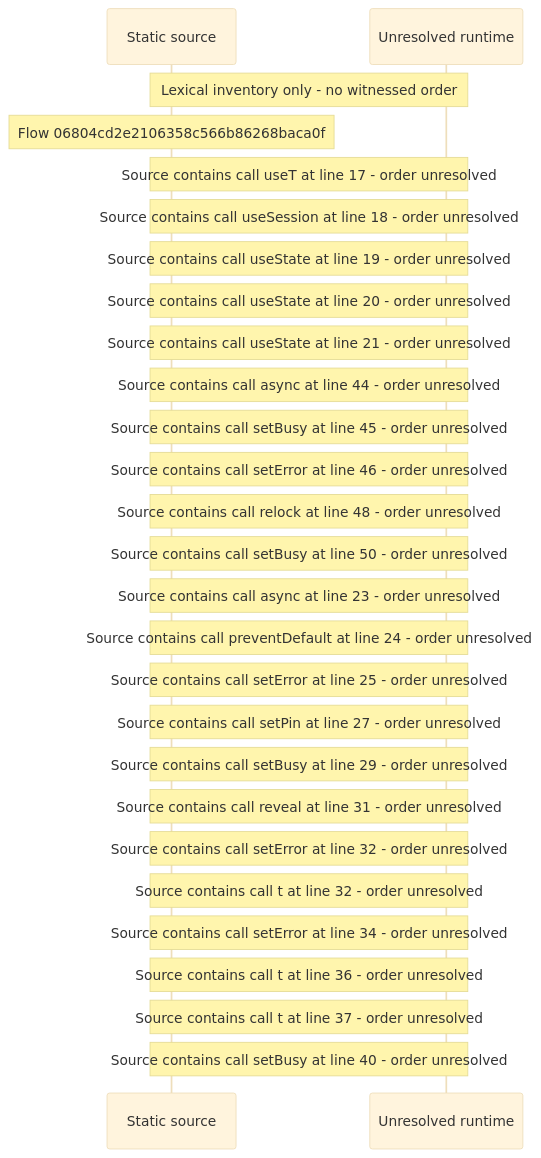
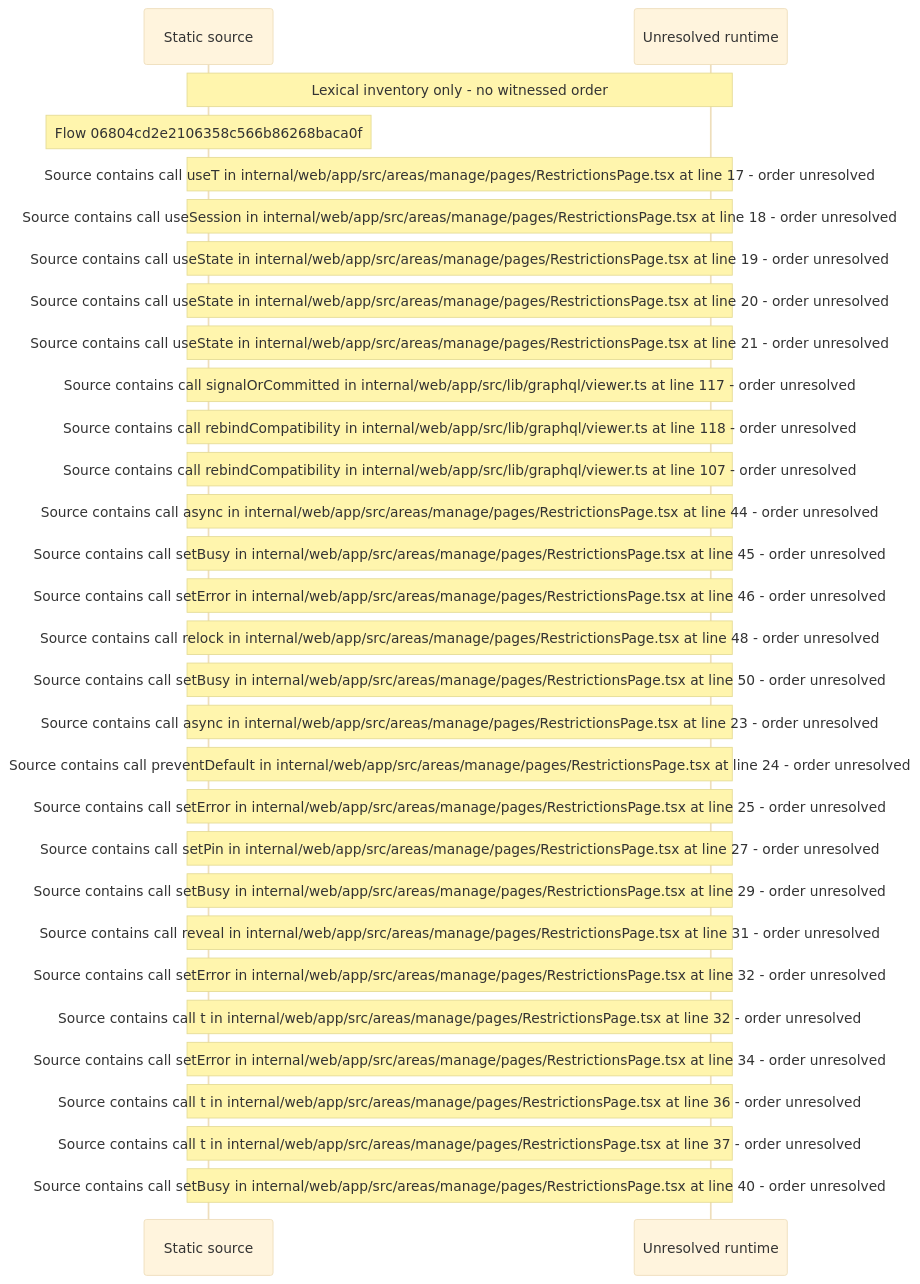
One commit to beamfall/core changed the diagram in docs/web/flows/generated/06804cd2e2106358c566b86268baca0f/flow-diagram.md. Above: the diagram before and after it, drawn with Mermaid (base theme). The commit also changed other lines of this file and 699 other files, not shown here.

Commit message:
Regenerate the web flow record with flow generator version 5

````diff
--- a/docs/web/flows/generated/06804cd2e2106358c566b86268baca0f/flow-diagram.md
+++ b/docs/web/flows/generated/06804cd2e2106358c566b86268baca0f/flow-diagram.md
@@ -10,29 +10,32 @@
 ```mermaid
 sequenceDiagram
     participant S as Static source
     participant U as Unresolved runtime
     Note over S,U: Lexical inventory only - no witnessed order
     Note over S: Flow 06804cd2e2106358c566b86268baca0f
-    Note over S,U: Source contains call useT at line 17 - order unresolved
-    Note over S,U: Source contains call useSession at line 18 - order unresolved
-    Note over S,U: Source contains call useState at line 19 - order unresolved
-    Note over S,U: Source contains call useState at line 20 - order unresolved
-    Note over S,U: Source contains call useState at line 21 - order unresolved
-    Note over S,U: Source contains call async at line 44 - order unresolved
-    Note over S,U: Source contains call setBusy at line 45 - order unresolved
-    Note over S,U: Source contains call setError at line 46 - order unresolved
-    Note over S,U: Source contains call relock at line 48 - order unresolved
-    Note over S,U: Source contains call setBusy at line 50 - order unresolved
-    Note over S,U: Source contains call async at line 23 - order unresolved
-    Note over S,U: Source contains call preventDefault at line 24 - order unresolved
-    Note over S,U: Source contains call setError at line 25 - order unresolved
-    Note over S,U: Source contains call setPin at line 27 - order unresolved
-    Note over S,U: Source contains call setBusy at line 29 - order unresolved
-    Note over S,U: Source contains call reveal at line 31 - order unresolved
-    Note over S,U: Source contains call setError at line 32 - order unresolved
-    Note over S,U: Source contains call t at line 32 - order unresolved
-    Note over S,U: Source contains call setError at line 34 - order unresolved
-    Note over S,U: Source contains call t at line 36 - order unresolved
-    Note over S,U: Source contains call t at line 37 - order unresolved
-    Note over S,U: Source contains call setBusy at line 40 - order unresolved
+    Note over S,U: Source contains call useT in internal/web/app/src/areas/manage/pages/RestrictionsPage.tsx at line 17 - order unresolved
+    Note over S,U: Source contains call useSession in internal/web/app/src/areas/manage/pages/RestrictionsPage.tsx at line 18 - order unresolved
+    Note over S,U: Source contains call useState in internal/web/app/src/areas/manage/pages/RestrictionsPage.tsx at line 19 - order unresolved
+    Note over S,U: Source contains call useState in internal/web/app/src/areas/manage/pages/RestrictionsPage.tsx at line 20 - order unresolved
+    Note over S,U: Source contains call useState in internal/web/app/src/areas/manage/pages/RestrictionsPage.tsx at line 21 - order unresolved
+    Note over S,U: Source contains call signalOrCommitted in internal/web/app/src/lib/graphql/viewer.ts at line 117 - order unresolved
+    Note over S,U: Source contains call rebindCompatibility in internal/web/app/src/lib/graphql/viewer.ts at line 118 - order unresolved
+    Note over S,U: Source contains call rebindCompatibility in internal/web/app/src/lib/graphql/viewer.ts at line 107 - order unresolved
+    Note over S,U: Source contains call async in internal/web/app/src/areas/manage/pages/RestrictionsPage.tsx at line 44 - order unresolved
+    Note over S,U: Source contains call setBusy in internal/web/app/src/areas/manage/pages/RestrictionsPage.tsx at line 45 - order unresolved
+    Note over S,U: Source contains call setError in internal/web/app/src/areas/manage/pages/RestrictionsPage.tsx at line 46 - order unresolved
+    Note over S,U: Source contains call relock in internal/web/app/src/areas/manage/pages/RestrictionsPage.tsx at line 48 - order unresolved
+    Note over S,U: Source contains call setBusy in internal/web/app/src/areas/manage/pages/RestrictionsPage.tsx at line 50 - order unresolved
+    Note over S,U: Source contains call async in internal/web/app/src/areas/manage/pages/RestrictionsPage.tsx at line 23 - order unresolved
+    Note over S,U: Source contains call preventDefault in internal/web/app/src/areas/manage/pages/RestrictionsPage.tsx at line 24 - order unresolved
+    Note over S,U: Source contains call setError in internal/web/app/src/areas/manage/pages/RestrictionsPage.tsx at line 25 - order unresolved
+    Note over S,U: Source contains call setPin in internal/web/app/src/areas/manage/pages/RestrictionsPage.tsx at line 27 - order unresolved
+    Note over S,U: Source contains call setBusy in internal/web/app/src/areas/manage/pages/RestrictionsPage.tsx at line 29 - order unresolved
+    Note over S,U: Source contains call reveal in internal/web/app/src/areas/manage/pages/RestrictionsPage.tsx at line 31 - order unresolved
+    Note over S,U: Source contains call setError in internal/web/app/src/areas/manage/pages/RestrictionsPage.tsx at line 32 - order unresolved
+    Note over S,U: Source contains call t in internal/web/app/src/areas/manage/pages/RestrictionsPage.tsx at line 32 - order unresolved
+    Note over S,U: Source contains call setError in internal/web/app/src/areas/manage/pages/RestrictionsPage.tsx at line 34 - order unresolved
+    Note over S,U: Source contains call t in internal/web/app/src/areas/manage/pages/RestrictionsPage.tsx at line 36 - order unresolved
+    Note over S,U: Source contains call t in internal/web/app/src/areas/manage/pages/RestrictionsPage.tsx at line 37 - order unresolved
+    Note over S,U: Source contains call setBusy in internal/web/app/src/areas/manage/pages/RestrictionsPage.tsx at line 40 - order unresolved
 ```
````
